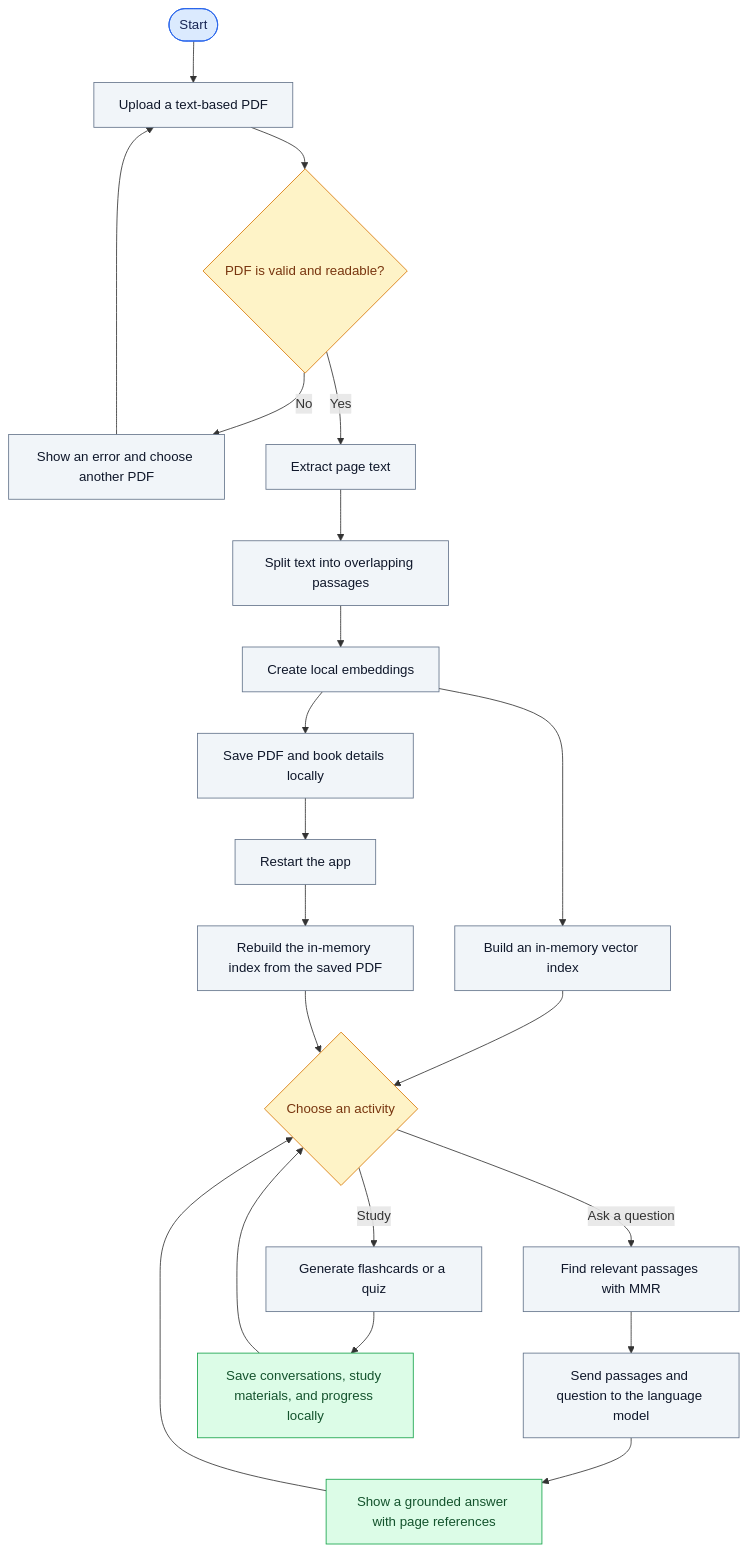
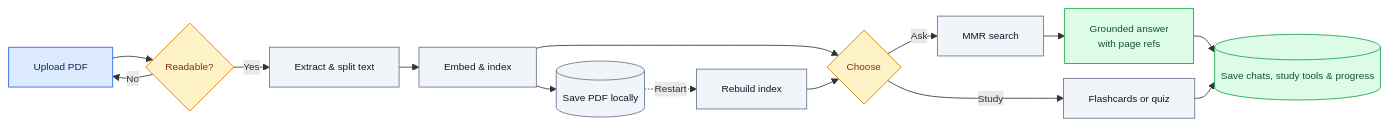
Before and after one commit to Bishnu9078/CourseMate-AI: the diagram in README.md, drawn with Mermaid.

Commit message:
docs: compact project workflow diagram

````diff
--- a/README.md
+++ b/README.md
@@ -39,35 +39,26 @@
 ```mermaid
-flowchart TD
-    A([Start]) --> B[Upload a text-based PDF]
-    B --> C{PDF is valid and readable?}
-    C -- No --> D[Show an error and choose another PDF]
-    D --> B
-    C -- Yes --> E[Extract page text]
-    E --> F[Split text into overlapping passages]
-    F --> G[Create local embeddings]
-    G --> H[Build an in-memory vector index]
-    G --> I[Save PDF and book details locally]
-    H --> J{Choose an activity}
-
-    J -- Ask a question --> K[Find relevant passages with MMR]
-    K --> L[Send passages and question to the language model]
-    L --> M[Show a grounded answer with page references]
-    M --> J
-
-    J -- Study --> N[Generate flashcards or a quiz]
-    N --> O[Save conversations, study materials, and progress locally]
-    O --> J
-
-    I --> P[Restart the app]
-    P --> Q[Rebuild the in-memory index from the saved PDF]
-    Q --> J
+%%{init: {"themeVariables": {"fontSize": "12px"}, "flowchart": {"nodeSpacing": 18, "rankSpacing": 24}}}%%
+flowchart LR
+    A[Upload PDF] --> B{Readable?}
+    B -- No --> A
+    B -- Yes --> C[Extract & split text]
+    C --> D[Embed & index]
+    D --> E{Choose}
+    E -- Ask --> F[MMR search]
+    F --> G[Grounded answer<br/>with page refs]
+    E -- Study --> H[Flashcards or quiz]
+    G --> I[(Save chats, study tools & progress)]
+    H --> I
+    D --> J[(Save PDF locally)]
+    J -. Restart .-> K[Rebuild index]
+    K --> E
 
     classDef start fill:#dbeafe,stroke:#2563eb,color:#172554
     classDef process fill:#f1f5f9,stroke:#64748b,color:#0f172a
     classDef decision fill:#fef3c7,stroke:#d97706,color:#78350f
     classDef result fill:#dcfce7,stroke:#16a34a,color:#14532d
     class A start
-    class C,J decision
-    class M,O result
-    class B,D,E,F,G,H,I,K,L,N,P,Q process
+    class B,E decision
+    class G,I result
+    class C,D,F,H,J,K process
 ```
````
